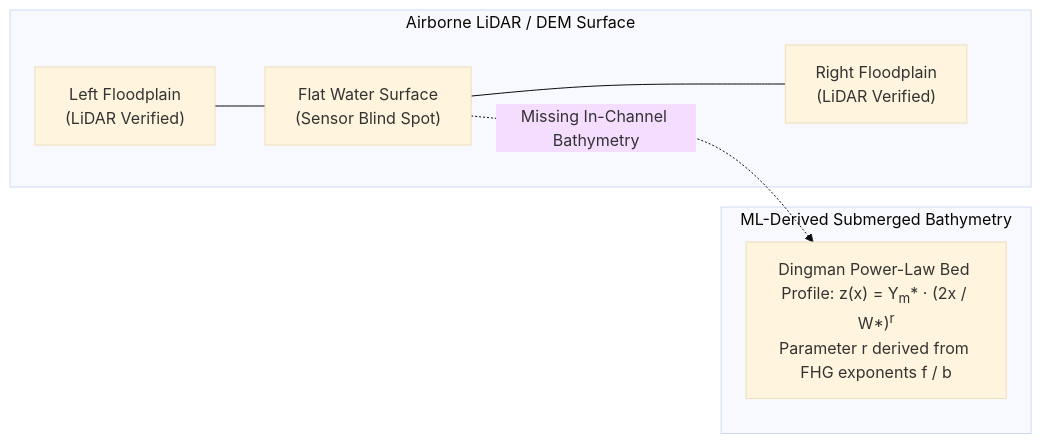
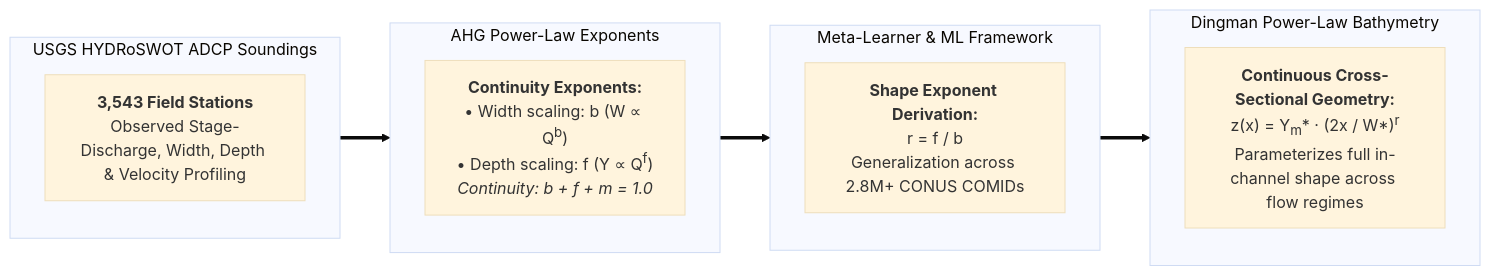
The diagram in docs/v1.0/r/index.md (arashmodrad/ml_web), drawn with Mermaid (base theme) before and after one commit. The commit also changed other lines of this file and 40 other files, not shown here.

````diff
--- a/docs/v1.0/r/index.md
+++ b/docs/v1.0/r/index.md
@@ -16,14 +16,25 @@
 ```mermaid
 flowchart LR
-    subgraph DEM ["Airborne LiDAR / DEM Surface"]
-        FP1["Left Floodplain\n(LiDAR Verified)"] --- WS["Flat Water Surface\n(Sensor Blind Spot)"] --- FP2["Right Floodplain\n(LiDAR Verified)"]
+    subgraph ADCP ["USGS HYDRoSWOT ADCP Soundings"]
+        DATA["<b>3,543 Field Stations</b><br/>Observed Stage-Discharge, Width, Depth & Velocity Profiling"]
     end
 
-    subgraph BATH ["ML-Derived Submerged Bathymetry"]
-        BED["Dingman Power-Law Bed Profile: z(x) = Y<sub>m</sub>* &middot; (2x / W*)<sup>r</sup>\nParameter r derived from FHG exponents f / b"]
+    subgraph EXP ["AHG Power-Law Exponents"]
+        AHG["<b>Continuity Exponents:</b><br/>• Width scaling: b (W &prop; Q<sup>b</sup>)<br/>• Depth scaling: f (Y &prop; Q<sup>f</sup>)<br/><i>Continuity: b + f + m = 1.0</i>"]
     end
 
-    WS -. "Missing In-Channel Bathymetry" .-> BED
-    class WS highlight-blue;
+    subgraph META ["Meta-Learner & ML Framework"]
+        ML_DERIVE["<b>Shape Exponent Derivation:</b><br/>r = f / b<br/>Generalization across 2.8M+ CONUS COMIDs"]
+    end
+
+    subgraph BED_SHAPE ["Dingman Power-Law Bathymetry"]
+        BED["<b>Continuous Cross-Sectional Geometry:</b><br/>z(x) = Y<sub>m</sub>* &middot; (2x / W*)<sup>r</sup><br/>Parameterizes full in-channel shape across flow regimes"]
+    end
+
+    ADCP ==> EXP ==> META ==> BED_SHAPE
+
+    class DATA highlight-blue;
+    class AHG highlight-blue;
+    class ML_DERIVE highlight-orange;
     class BED highlight-teal;
 ```
````
